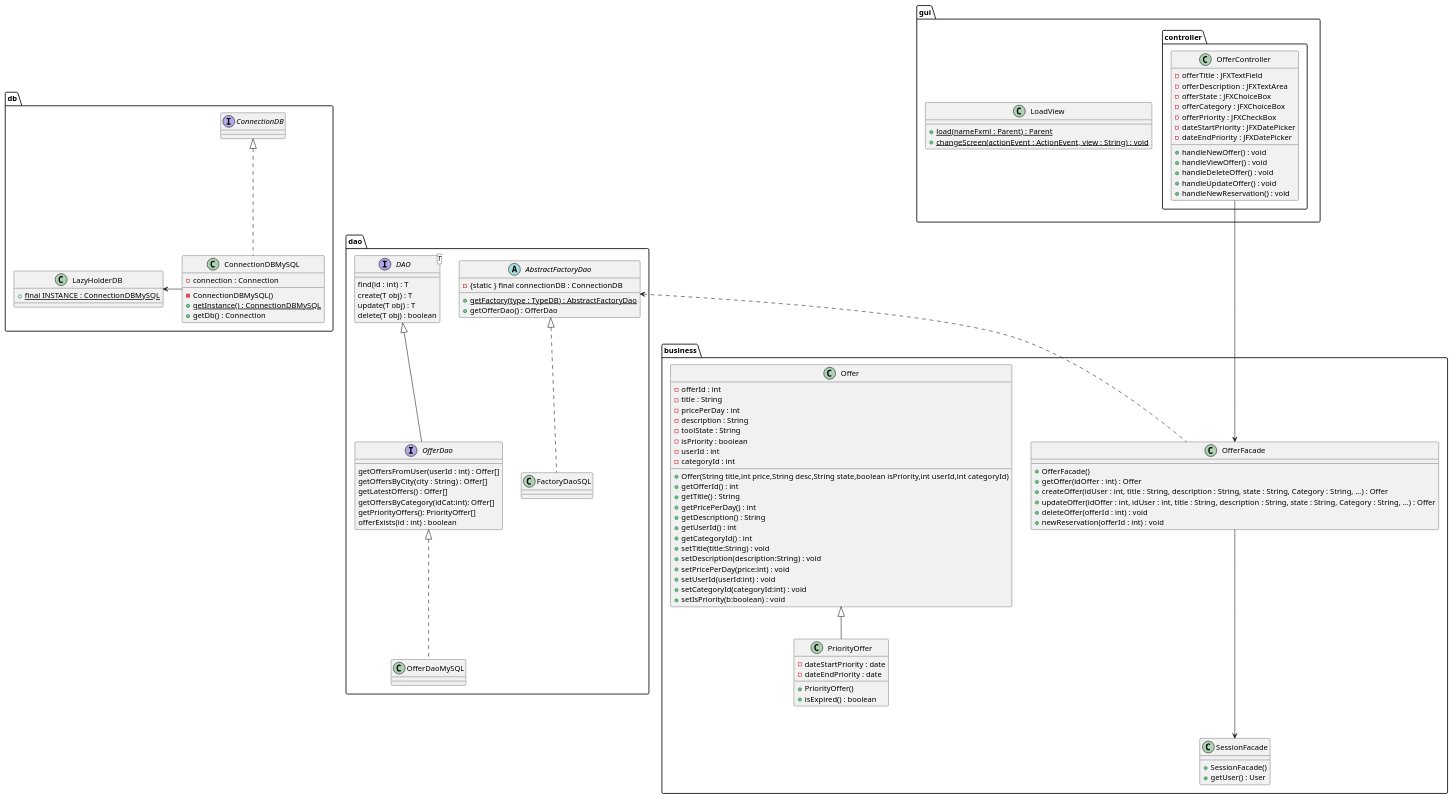
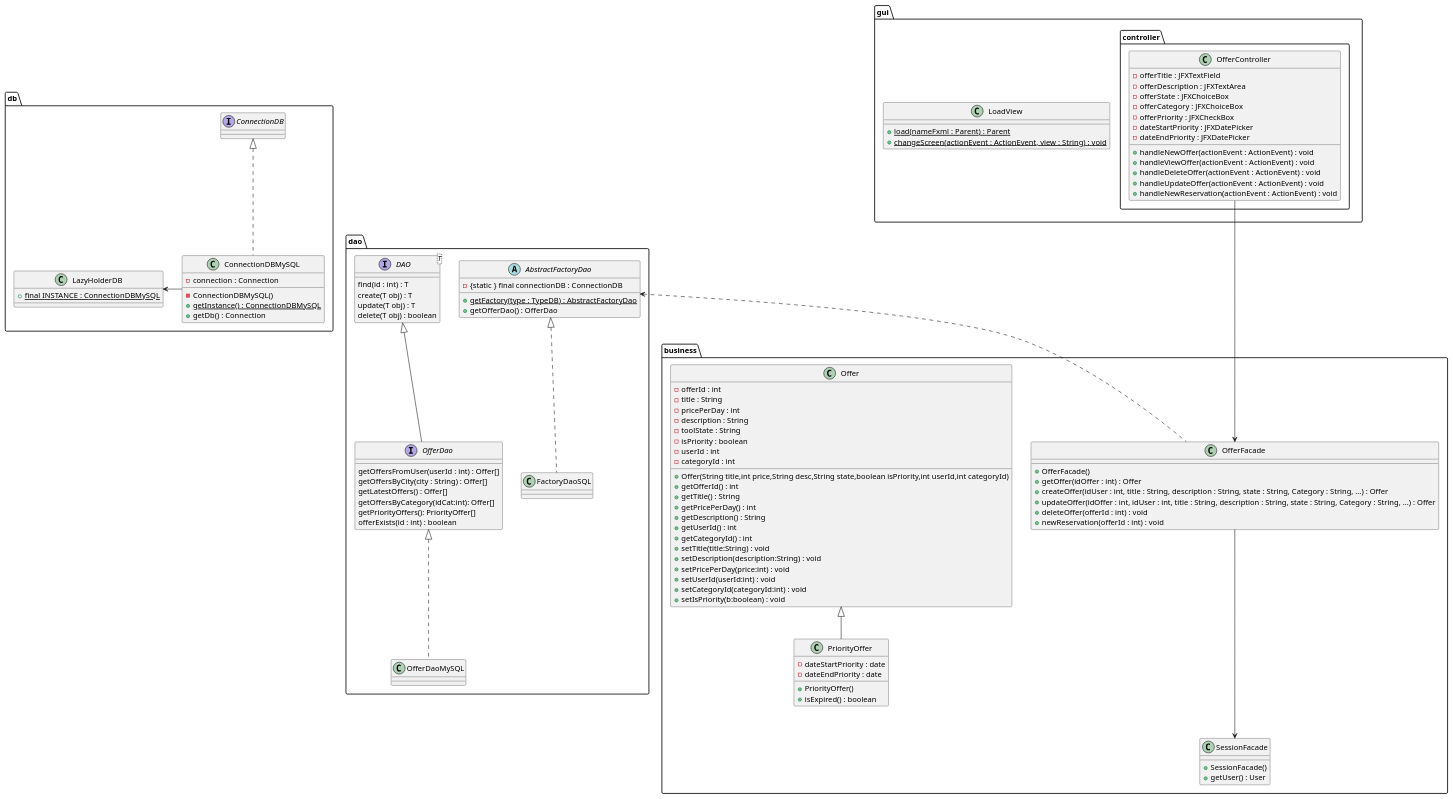
The diagram in documents/diagram/offer/offerClass.puml (LaunoisRemy/ToolShare), drawn with PlantUML before and after one commit. The commit also changed 3 other files, not shown here.

Commit message:
Update Controller on class diagram and sequence for Offer

```diff
--- a/documents/diagram/offer/offerClass.puml
+++ b/documents/diagram/offer/offerClass.puml
@@ -1,136 +1,136 @@
 @startuml
 
 package dao {
 
 
     interface OfferDao{
         getOffersFromUser(userId : int) : Offer[]
         getOffersByCity(city : String) : Offer[]
         getLatestOffers() : Offer[]
         getOffersByCategory(idCat:int): Offer[]
         getPriorityOffers(): PriorityOffer[]
         offerExists(id : int) : boolean
     }
     class OfferDaoMySQL
     FactoryDaoSQL .up.|> AbstractFactoryDao
     OfferDaoMySQL .up.|> OfferDao
 
 
     interface DAO<T>{
         find(id : int) : T
         create(T obj) : T
         update(T obj) : T
         delete(T obj) : boolean
     }
 
     abstract AbstractFactoryDao{
         - {static } final connectionDB : ConnectionDB
         + {static} getFactory(type : TypeDB) : AbstractFactoryDao
         + getOfferDao() : OfferDao
     }
 
     class FactoryDaoSQL{
     }
 
 
     DAO <|-- OfferDao
 }
 package db{
     class ConnectionDBMySQL{
         - connection : Connection
         - ConnectionDBMySQL()
         + {static} getInstance() : ConnectionDBMySQL
         + getDb() : Connection
     }
 
     class LazyHolderDB{
         + {static} final INSTANCE : ConnectionDBMySQL
     }
     interface ConnectionDB
     ConnectionDBMySQL -Left-> LazyHolderDB
     ConnectionDBMySQL .up.|> ConnectionDB
 
 }
 package business{
     class SessionFacade{
         + SessionFacade()
         + getUser() : User
     }
 
     class Offer{
         -offerId : int
         -title : String
         -pricePerDay : int
         -description : String
         -toolState : String
         -isPriority : boolean
         -userId : int
         -categoryId : int
         + Offer(String title,int price,String desc,String state,boolean isPriority,int userId,int categoryId)
         + getOfferId() : int
         + getTitle() : String
         + getPricePerDay() : int
         + getDescription() : String
         + getUserId() : int
         + getCategoryId() : int
         + setTitle(title:String) : void
         + setDescription(description:String) : void
         + setPricePerDay(price:int) : void
         + setUserId(userId:int) : void
         + setCategoryId(categoryId:int) : void
         + setIsPriority(b:boolean) : void
     }
 
     class PriorityOffer{
         -dateStartPriority : date
         -dateEndPriority : date
         +PriorityOffer()
         +isExpired() : boolean
     }
     class OfferFacade{
         + OfferFacade()
         + getOffer(idOffer : int) : Offer
         + createOffer(idUser : int, title : String, description : String, state : String, Category : String, ...) : Offer
         + updateOffer(idOffer : int, idUser : int, title : String, description : String, state : String, Category : String, ...) : Offer
         + deleteOffer(offerId : int) : void
         + newReservation(offerId : int) : void
     }
 
         Offer <|-- PriorityOffer
 
 
 }
 
 package gui{
 
     class LoadView{
         + {static} load(nameFxml : Parent) : Parent
         + {static} changeScreen(actionEvent : ActionEvent, view : String) : void
     }
 
     package controller{
         class OfferController{
             -offerTitle : JFXTextField
             -offerDescription : JFXTextArea
             -offerState : JFXChoiceBox
             -offerCategory : JFXChoiceBox
             -offerPriority : JFXCheckBox
             -dateStartPriority : JFXDatePicker
             -dateEndPriority : JFXDatePicker
-            + handleNewOffer() : void
-            + handleViewOffer() : void
-            + handleDeleteOffer() : void
-            + handleUpdateOffer() : void
-            + handleNewReservation() : void
+            + handleNewOffer(actionEvent : ActionEvent) : void
+            + handleViewOffer(actionEvent : ActionEvent) : void
+            + handleDeleteOffer(actionEvent : ActionEvent) : void
+            + handleUpdateOffer(actionEvent : ActionEvent) : void
+            + handleNewReservation(actionEvent : ActionEvent) : void
 
         }
 
     }
 }
 OfferFacade <--Up- OfferController
 SessionFacade <--Up- OfferFacade
 OfferFacade .Up.> AbstractFactoryDao
 
 
 
 @enduml
```
